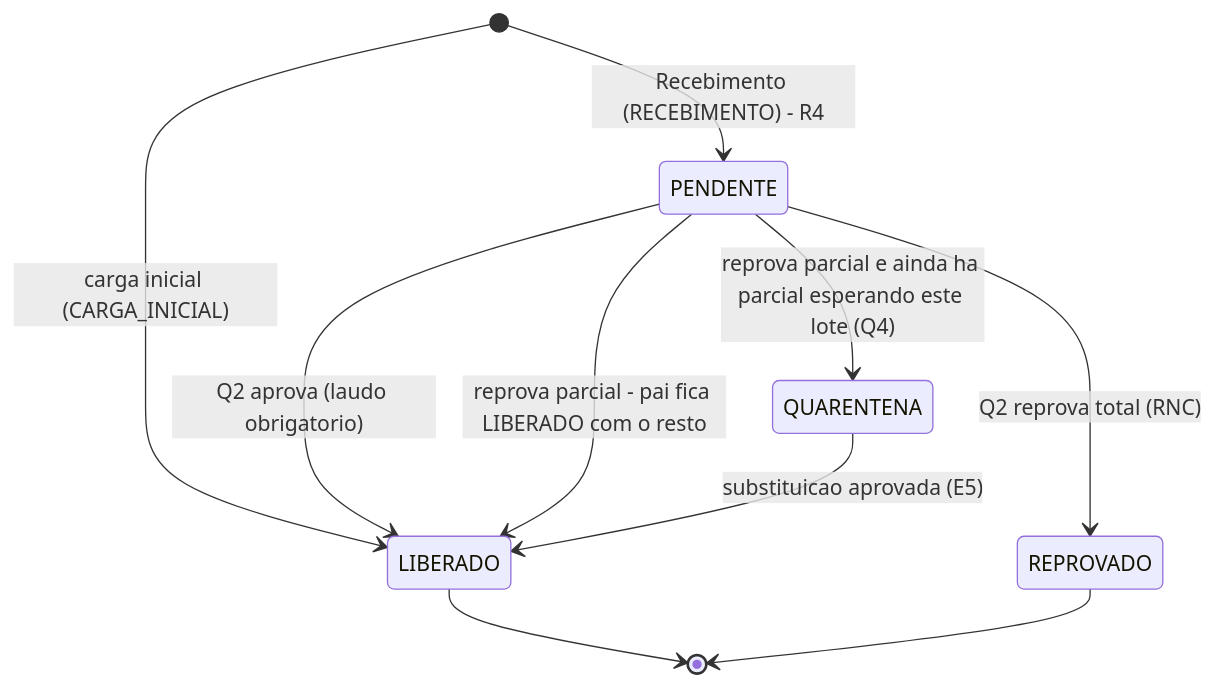
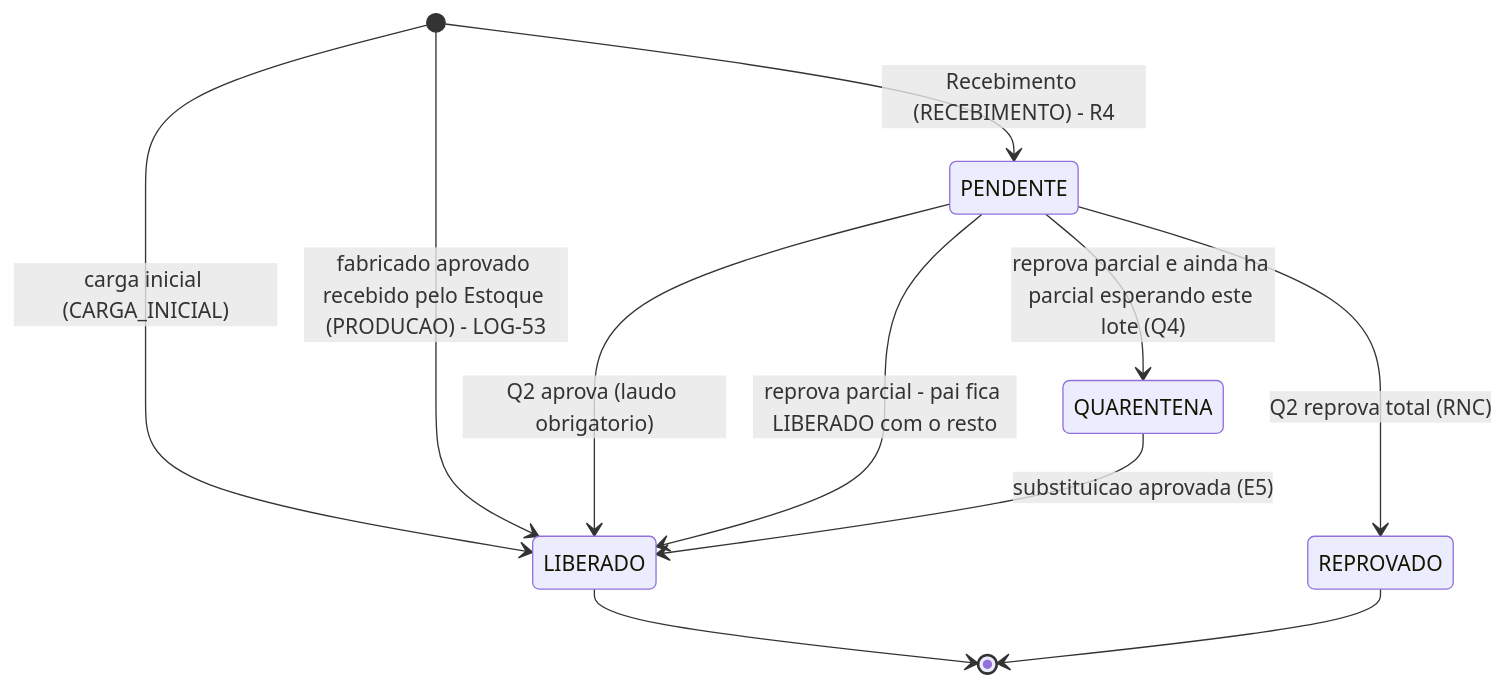
The diagram in 04-Dados/Modelo-Estoque-e-Custo-do-Lote.md (Acosvital/vault-avhub-mer), drawn with Mermaid before and after one commit. The commit also changed other lines of this file and 125 other files, not shown here.

````diff
--- a/04-Dados/Modelo-Estoque-e-Custo-do-Lote.md
+++ b/04-Dados/Modelo-Estoque-e-Custo-do-Lote.md
@@ -37,12 +37,13 @@
 ```mermaid
 stateDiagram-v2
     [*] --> LIBERADO: carga inicial (CARGA_INICIAL)
     [*] --> PENDENTE: Recebimento (RECEBIMENTO) - R4
+    [*] --> LIBERADO: fabricado aprovado recebido pelo Estoque (PRODUCAO) - LOG-53
     PENDENTE --> LIBERADO: Q2 aprova (laudo obrigatorio)
     PENDENTE --> REPROVADO: Q2 reprova total (RNC)
     PENDENTE --> LIBERADO: reprova parcial - pai fica LIBERADO com o resto
     PENDENTE --> QUARENTENA: reprova parcial e ainda ha parcial esperando este lote (Q4)
     QUARENTENA --> LIBERADO: substituicao aprovada (E5)
     LIBERADO --> [*]
     REPROVADO --> [*]
 ```
````
